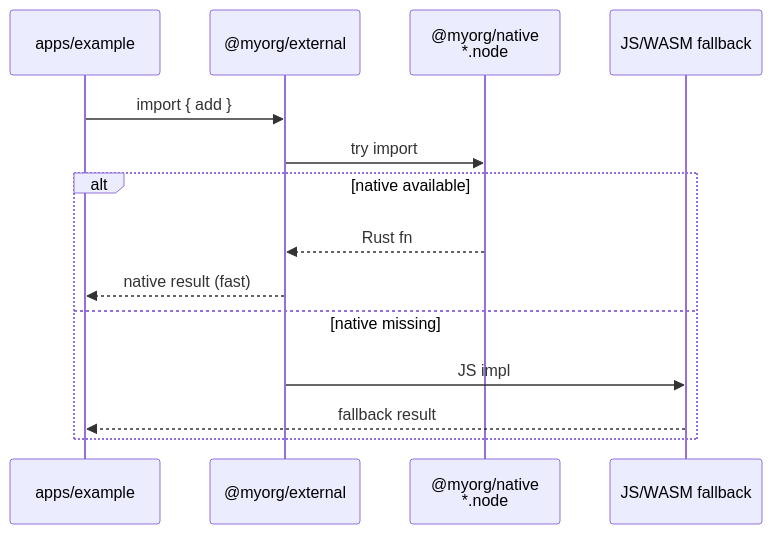
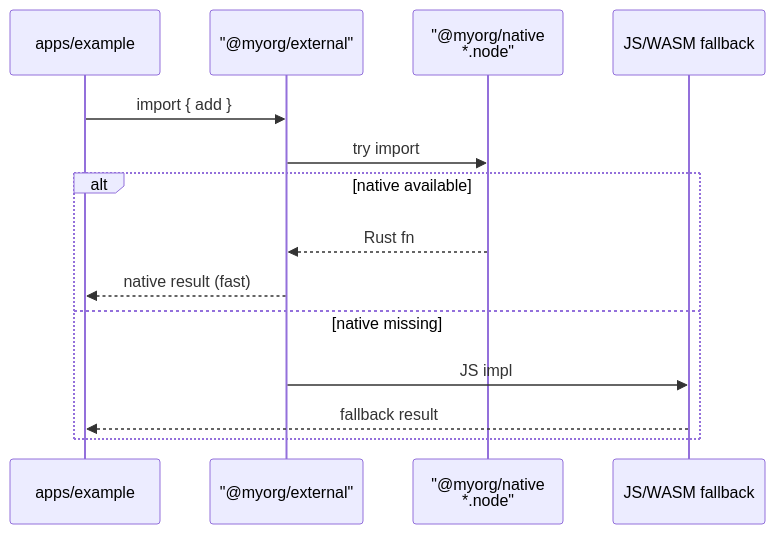
Before and after one commit to Archont561/ts-monorepo-template: the second of 2 diagrams in configs/native/PLAN.md, drawn with Mermaid. The commit also changed other lines of this file and 7 other files, not shown here.

First line of the commit message:
fix(mermaid): quote labels containing * and /* to avoid lexical error

````diff
--- a/configs/native/PLAN.md
+++ b/configs/native/PLAN.md
@@ -282,17 +282,17 @@
 ```mermaid
 sequenceDiagram
     participant App as apps/example
-    participant Ext as @myorg/external
-    participant Nat as @myorg/native<br/>*.node
+    participant Ext as "@myorg/external"
+    participant Nat as "@myorg/native<br/>*.node"
     participant Fallback as JS/WASM fallback
 
     App->>Ext: import { add }
     Ext->>Nat: try import
     alt native available
         Nat-->>Ext: Rust fn
         Ext-->>App: native result (fast)
     else native missing
         Ext->>Fallback: JS impl
         Fallback-->>App: fallback result
     end
 ```
````
